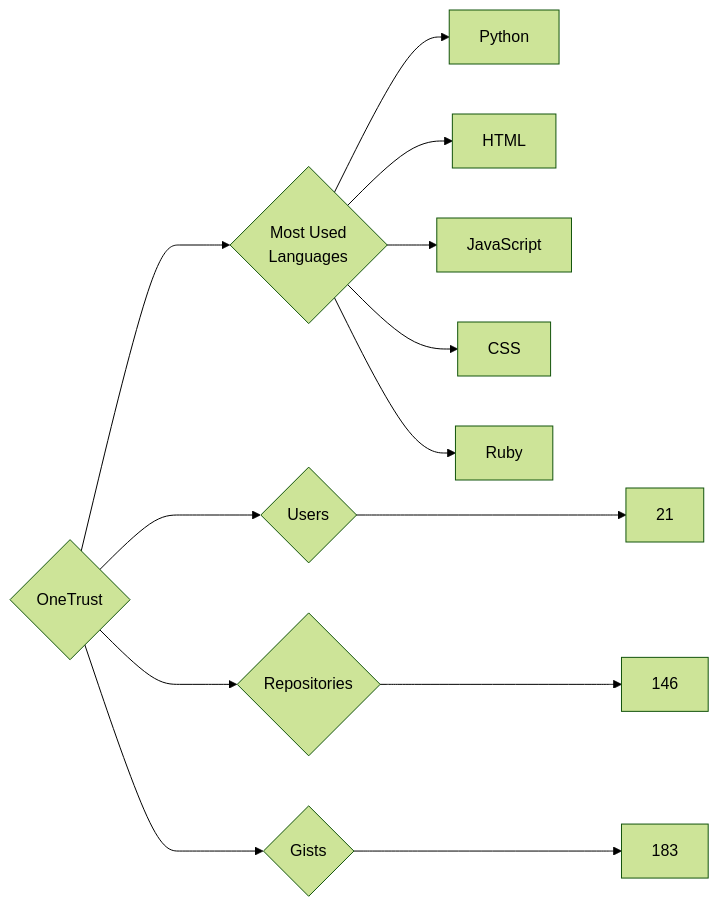
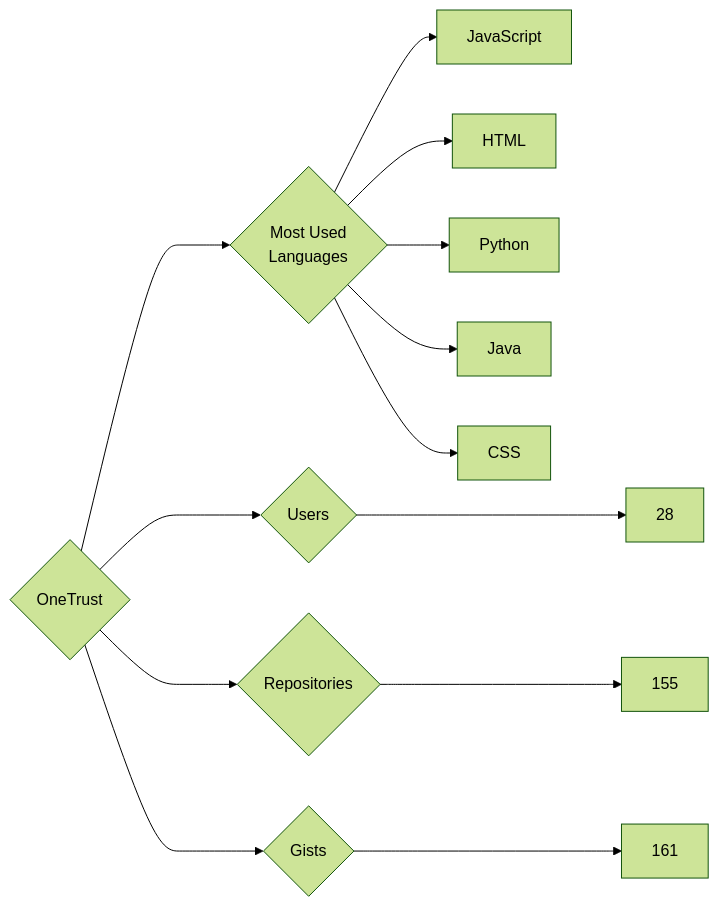
One commit to trickest/insiders changed the diagram in targets/OneTrust/README.md. Above: the diagram before and after it, drawn with Mermaid (forest theme). The commit also changed 953 other files, not shown here.

````diff
--- a/targets/OneTrust/README.md
+++ b/targets/OneTrust/README.md
@@ -3,13 +3,13 @@
 ```mermaid
 graph LR
 COMPANY_NAME{OneTrust}
-COMPANY_NAME ---> U{Users} ---> UN[21]
-COMPANY_NAME ---> R{Repositories} ---> RN[146]
-COMPANY_NAME ---> G{Gists} ---> GN[183]
+COMPANY_NAME ---> U{Users} ---> UN[28]
+COMPANY_NAME ---> R{Repositories} ---> RN[155]
+COMPANY_NAME ---> G{Gists} ---> GN[161]
 COMPANY_NAME ---> ML{Most Used<br>Languages}
+ML --> JavaScript[JavaScript]
+ML --> HTML[HTML]
 ML --> Python[Python]
-ML --> HTML[HTML]
-ML --> JavaScript[JavaScript]
+ML --> Java[Java]
 ML --> CSS[CSS]
-ML --> Ruby[Ruby]
 ```
````
